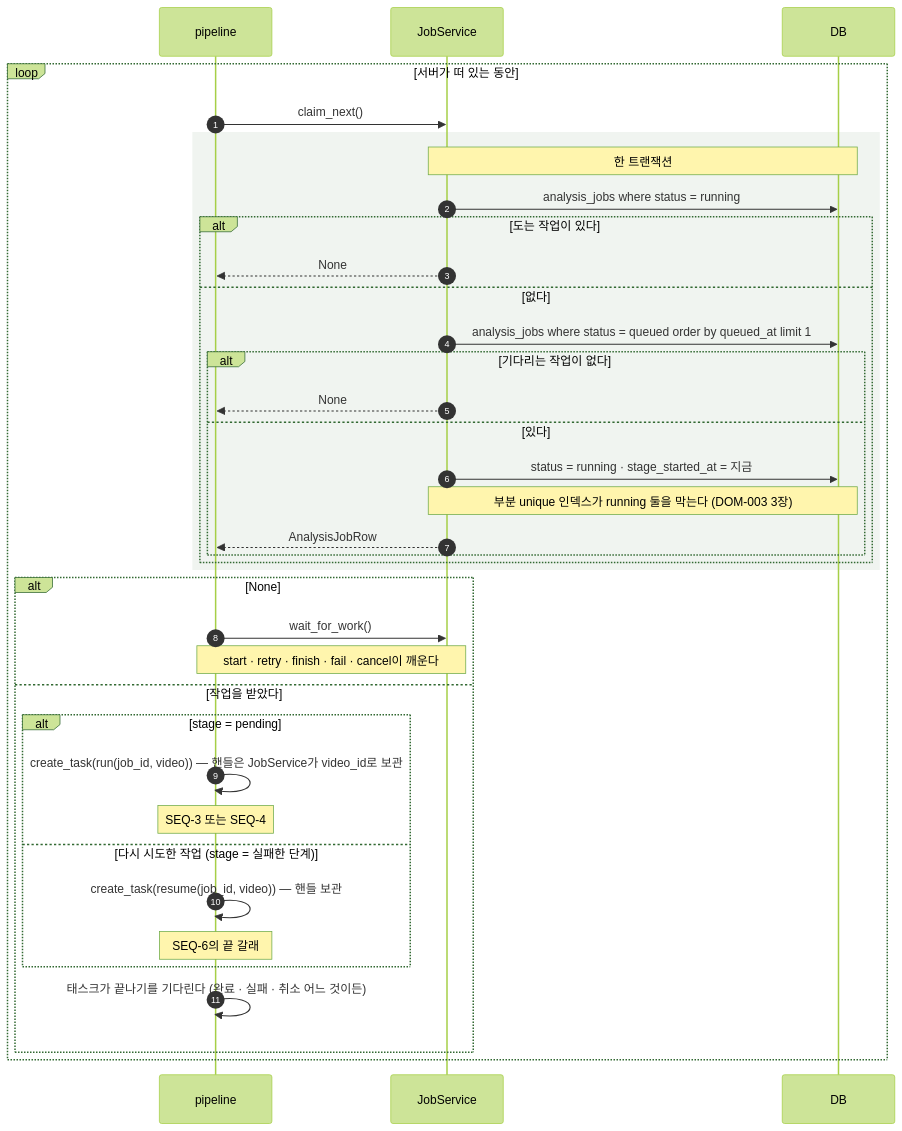
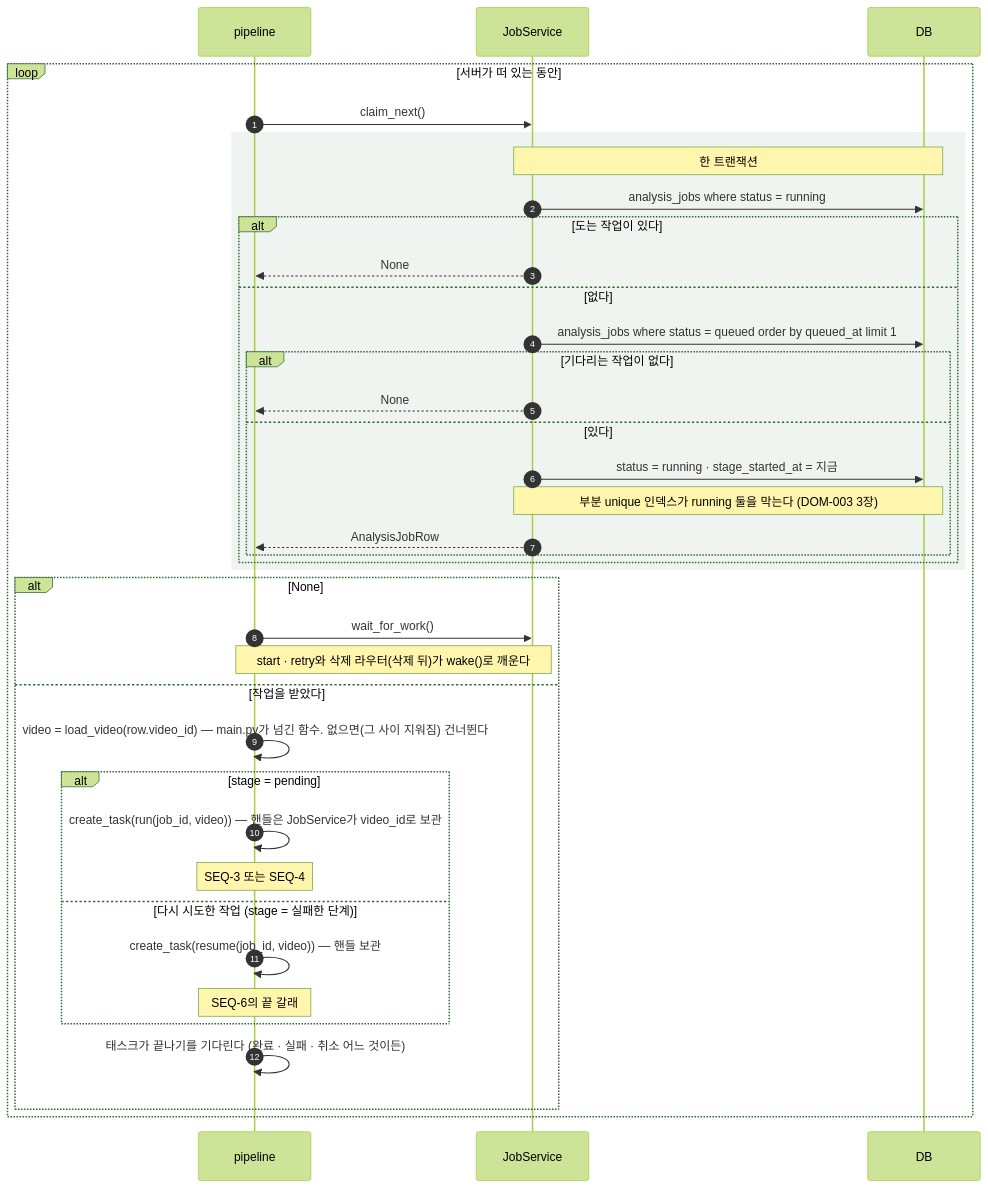
One commit to HoyoungParkme/video-agent changed diagram 14 of 15 in docs/specs/09-SEQ/VA-SEQ-001.md. Above: the diagram before and after it, drawn with Mermaid (forest theme). The commit also changed other lines of this file, not shown here.

Commit message:
되먹임 반영 — .env 제자리 쓰기(SEQ-12), 워커는 load_video로 영상을 얻고 삭제 뒤 wake(SEQ-11·13·14)

````diff
--- a/docs/specs/09-SEQ/VA-SEQ-001.md
+++ b/docs/specs/09-SEQ/VA-SEQ-001.md
@@ -913,40 +913,41 @@
 ```mermaid
 sequenceDiagram
     autonumber
     participant PL as pipeline
     participant JS as JobService
     participant DB
 
     loop 서버가 떠 있는 동안
         PL->>JS: claim_next()
         rect rgb(240,244,240)
             Note over JS,DB: 한 트랜잭션
             JS->>DB: analysis_jobs where status = running
             alt 도는 작업이 있다
                 JS-->>PL: None
             else 없다
                 JS->>DB: analysis_jobs where status = queued order by queued_at limit 1
                 alt 기다리는 작업이 없다
                     JS-->>PL: None
                 else 있다
                     JS->>DB: status = running · stage_started_at = 지금
                     Note over JS,DB: 부분 unique 인덱스가 running 둘을 막는다 (DOM-003 3장)
                     JS-->>PL: AnalysisJobRow
                 end
             end
         end
         alt None
             PL->>JS: wait_for_work()
-            Note over PL,JS: start · retry · finish · fail · cancel이 깨운다
+            Note over PL,JS: start · retry와 삭제 라우터(삭제 뒤)가 wake()로 깨운다
         else 작업을 받았다
+            PL->>PL: video = load_video(row.video_id) — main.py가 넘긴 함수. 없으면(그 사이 지워짐) 건너뛴다
             alt stage = pending
                 PL->>PL: create_task(run(job_id, video)) — 핸들은 JobService가 video_id로 보관
                 Note over PL: SEQ-3 또는 SEQ-4
             else 다시 시도한 작업 (stage = 실패한 단계)
                 PL->>PL: create_task(resume(job_id, video)) — 핸들 보관
                 Note over PL: SEQ-6의 끝 갈래
             end
             PL->>PL: 태스크가 끝나기를 기다린다 (완료 · 실패 · 취소 어느 것이든)
         end
     end
 ```
````
